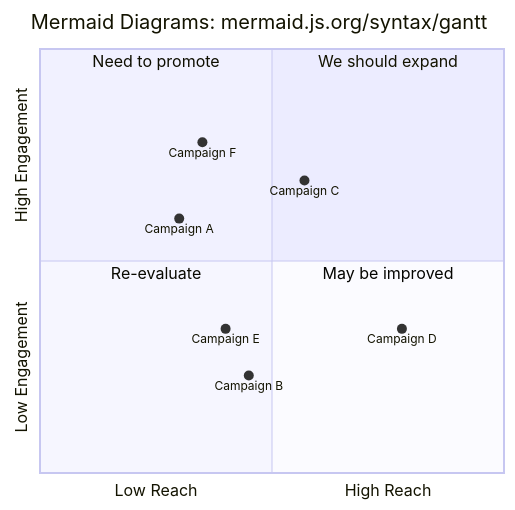
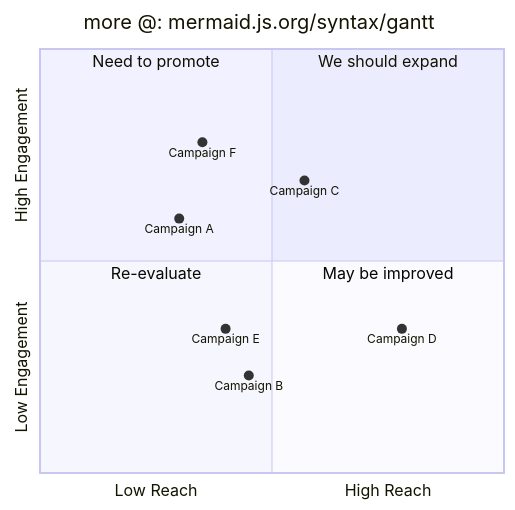
One commit to uuuuzerr99/Obsidian-App-Cornell-Notes-extension changed the diagram in Cornell_Note_example.md. Above: the diagram before and after it, drawn with Mermaid. The commit also changed other lines of this file and 4 other files, not shown here.

````diff
--- a/Cornell_Note_example.md
+++ b/Cornell_Note_example.md
@@ -190,16 +185,16 @@
 ```mermaid
 quadrantChart
-    title Mermaid Diagrams: mermaid.js.org/syntax/gantt
+    title more @: mermaid.js.org/syntax/gantt
     x-axis Low Reach --> High Reach
     y-axis Low Engagement --> High Engagement
     quadrant-1 We should expand
     quadrant-2 Need to promote
     quadrant-3 Re-evaluate
     quadrant-4 May be improved
     Campaign A: [0.3, 0.6]
     Campaign B: [0.45, 0.23]
     Campaign C: [0.57, 0.69]
     Campaign D: [0.78, 0.34]
     Campaign E: [0.40, 0.34]
     Campaign F: [0.35, 0.78]
 ```
````
